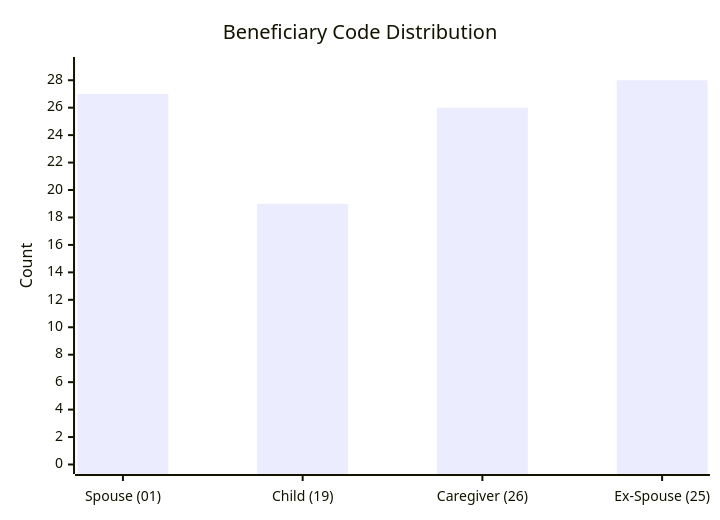
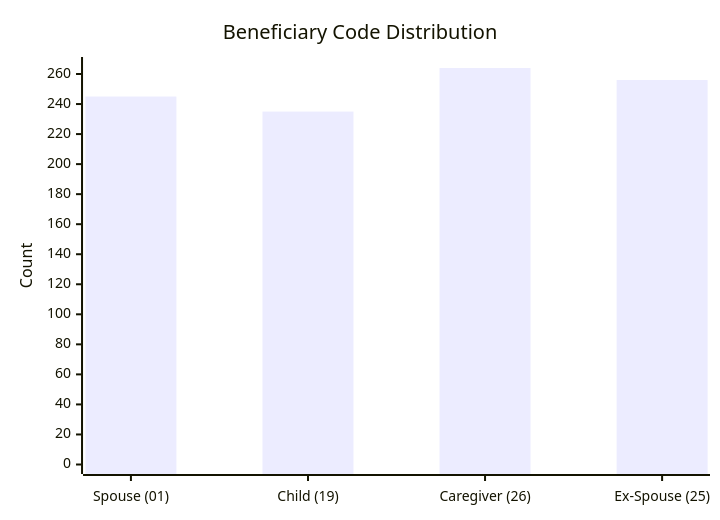
One commit to dhagan-va/intern-2025 changed the seventh of 10 diagrams in test-tools/DataGen/src/Statistics_Visualizer.md. Above: the diagram before and after it, drawn with Mermaid. The commit also changed other lines of this file and 3 other files, not shown here.

````diff
--- a/test-tools/DataGen/src/Statistics_Visualizer.md
+++ b/test-tools/DataGen/src/Statistics_Visualizer.md
@@ -77,7 +77,7 @@
 ```mermaid
 xychart-beta
     title "Beneficiary Code Distribution"
     x-axis ["Spouse (01)", "Child (19)", "Caregiver (26)", "Ex-Spouse (25)"]
-    y-axis "Count" 0 --> 29
-    bar [27, 19, 26, 28]
+    y-axis "Count" 0 --> 265
+    bar [245, 235, 264, 256]
 ```
````
